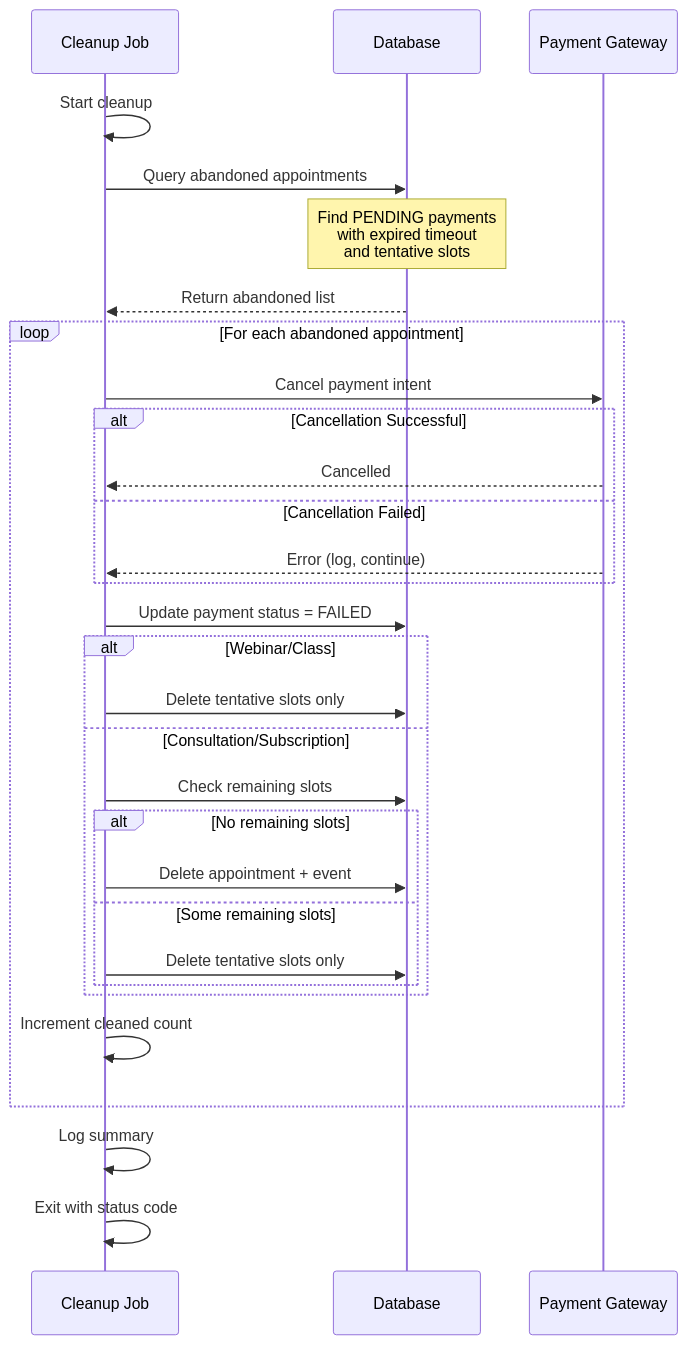
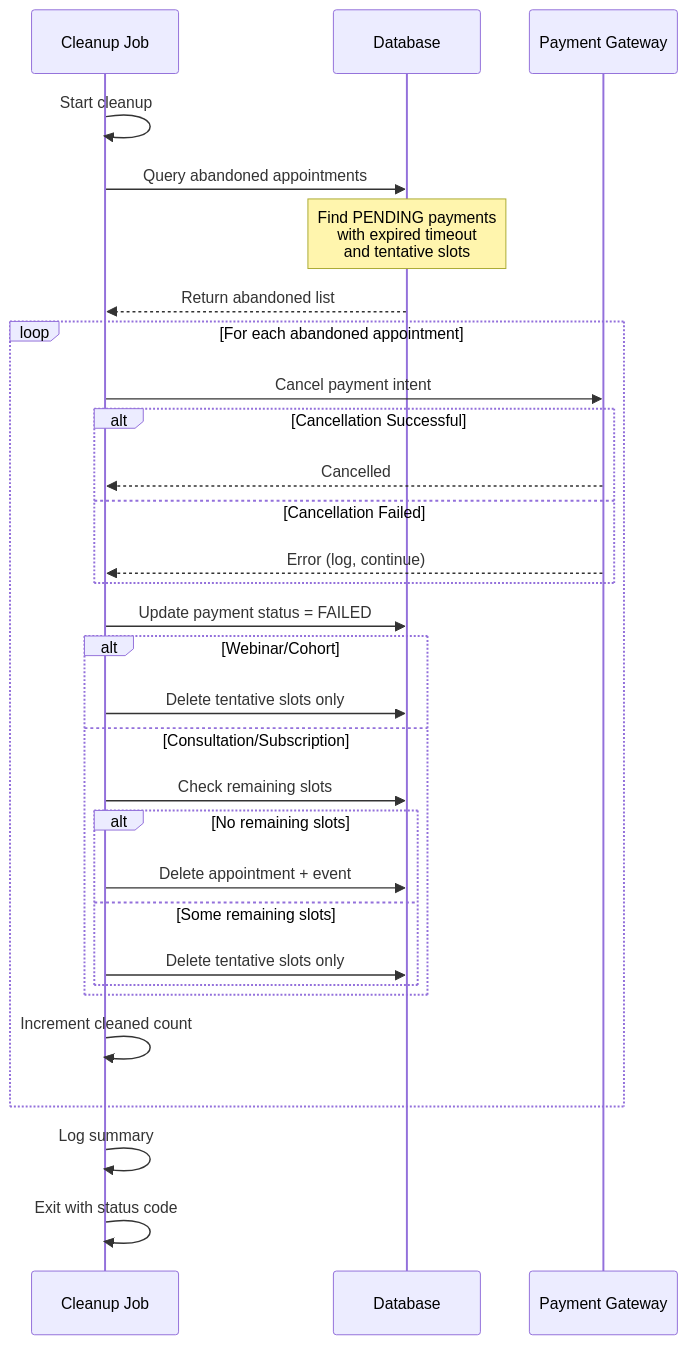
Before and after one commit to Practitionist/familiarise_web: the fourth of 5 diagrams in docs/payments/checkout-flow/03-payment-processing.md, drawn with Mermaid. The commit also changed other lines of this file and 89 other files, not shown here.

````diff
--- a/docs/payments/checkout-flow/03-payment-processing.md
+++ b/docs/payments/checkout-flow/03-payment-processing.md
@@ -1267,42 +1267,42 @@
 ```mermaid
 sequenceDiagram
     participant Job as Cleanup Job
     participant DB as Database
     participant Gateway as Payment Gateway
 
     Job->>Job: Start cleanup
     Job->>DB: Query abandoned appointments
 
     Note over DB: Find PENDING payments<br/>with expired timeout<br/>and tentative slots
 
     DB-->>Job: Return abandoned list
 
     loop For each abandoned appointment
         Job->>Gateway: Cancel payment intent
 
         alt Cancellation Successful
             Gateway-->>Job: Cancelled
         else Cancellation Failed
             Gateway-->>Job: Error (log, continue)
         end
 
         Job->>DB: Update payment status = FAILED
 
-        alt Webinar/Class
+        alt Webinar/Cohort
             Job->>DB: Delete tentative slots only
         else Consultation/Subscription
             Job->>DB: Check remaining slots
 
             alt No remaining slots
                 Job->>DB: Delete appointment + event
             else Some remaining slots
                 Job->>DB: Delete tentative slots only
             end
         end
 
         Job->>Job: Increment cleaned count
     end
 
     Job->>Job: Log summary
     Job->>Job: Exit with status code
 ```
````
